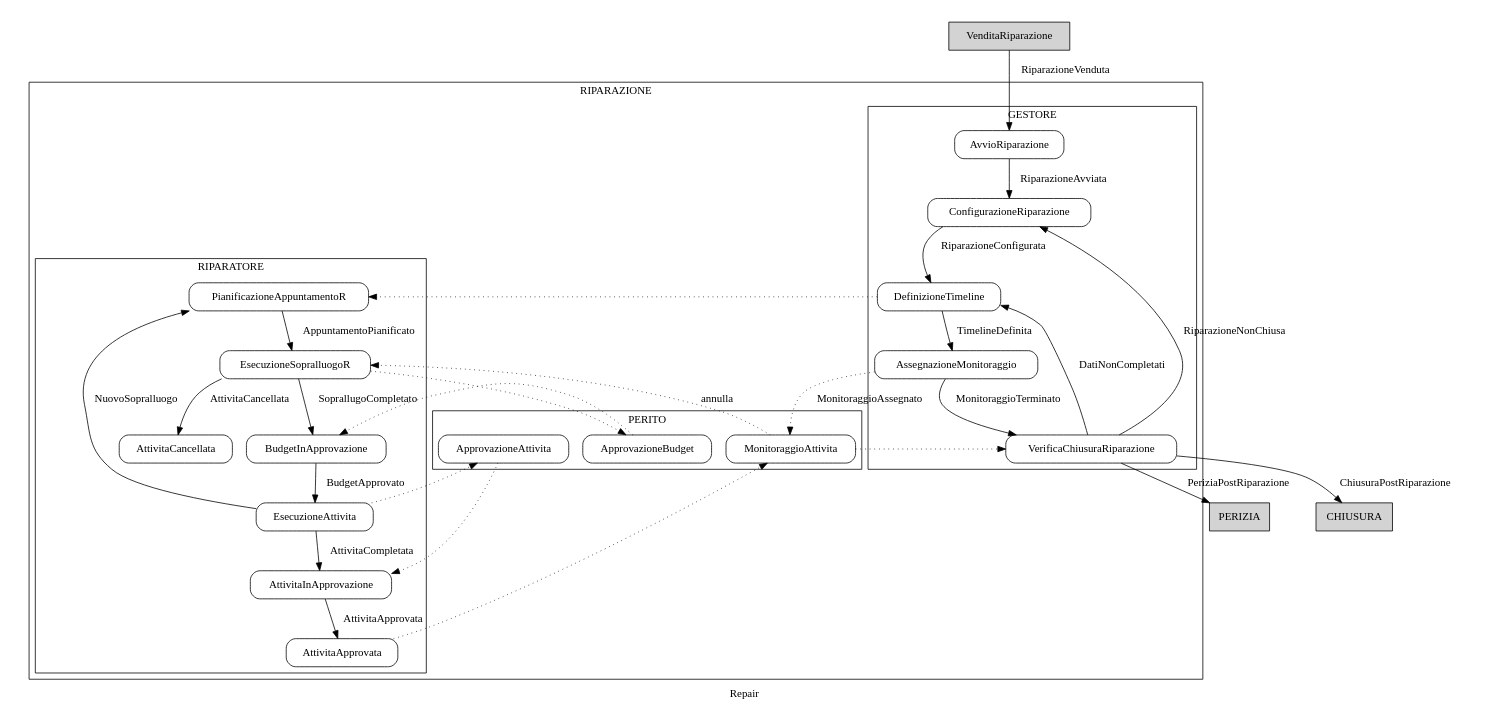
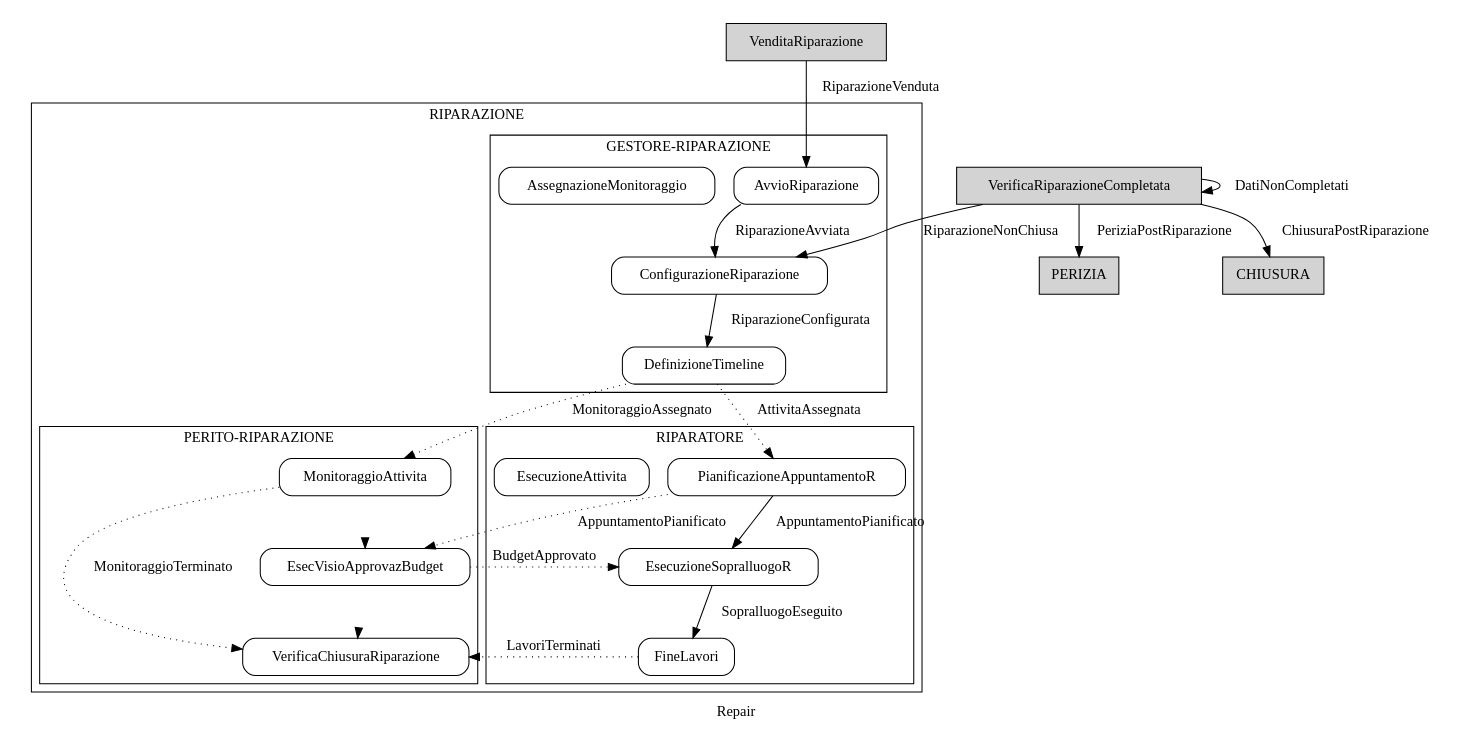
One commit to mauriziocaronni/stateDiagramPython changed the diagram in repair/repair.dot. Above: the diagram before and after it, drawn with Graphviz. The commit also changed 4 other files, not shown here.

```diff
--- a/repair/repair.dot
+++ b/repair/repair.dot
@@ -1,102 +1,87 @@
 digraph finite_state_machine {
     rankdir=TB;
     size="8,5"
     label="Repair"
     node [shape = box style=rounded]; 
 
     subgraph Opening {
         node [style =  filled shape = box]
 	    label = "Opening";
 		color=green
         VenditaRiparazione    
     }
 
 
 subgraph cluster_riparazione {
     node [shape=box,style=rounded ];
     label = "RIPARAZIONE";
 
     subgraph cluster_gestore {
         node [shape=box,style=rounded ];
-        label = "GESTORE";
+        label = "GESTORE-RIPARAZIONE";
         AvvioRiparazione
         ConfigurazioneRiparazione
         DefinizioneTimeline 
         AssegnazioneMonitoraggio
-        VerificaChiusuraRiparazione
     }
 
     subgraph cluster_perito {
             node [shape=box,style=rounded ];
-            label = "PERITO";
+            label = "PERITO-RIPARAZIONE";
             MonitoraggioAttivita
-            ApprovazioneBudget
-            ApprovazioneAttivita
+            EsecVisioApprovazBudget
+            VerificaChiusuraRiparazione
+
     }
 
     subgraph cluster_cat {
         node [shape=box,style=rounded ] ;
         label = "RIPARATORE";
         PianificazioneAppuntamentoR
         EsecuzioneSopralluogoR
-        BudgetInApprovazione
         EsecuzioneAttivita 
-        AttivitaInApprovazione
-        AttivitaApprovata
-        AttivitaCancellata
+        FineLavori
     }
     
 }
 
 
 
 	comment = "RIPARAZIONE"
 	 
-    VenditaRiparazione                    -> AvvioRiparazione            [ label = "RiparazioneVenduta" ]  ;
-
-    comment = "sottoprocesso PianificazioneAttivita"
-
+    VenditaRiparazione         -> AvvioRiparazione            [ label = "RiparazioneVenduta" ]  ;
 
     AvvioRiparazione           -> ConfigurazioneRiparazione    [ label = "RiparazioneAvviata" ]  ;
     ConfigurazioneRiparazione  -> DefinizioneTimeline          [ label = "RiparazioneConfigurata" ]  ;
-    DefinizioneTimeline        -> AssegnazioneMonitoraggio     [ label = "TimelineDefinita" ]  ;
-    AssegnazioneMonitoraggio   -> VerificaChiusuraRiparazione  [ label = "MonitoraggioTerminato" ]  ;
 
-    DefinizioneTimeline        -> PianificazioneAppuntamentoR  [ style = "dotted" ];
-    AssegnazioneMonitoraggio   -> MonitoraggioAttivita         [ style = "dotted" label ="MonitoraggioAssegnato"];
-    MonitoraggioAttivita       -> EsecuzioneSopralluogoR           [ style = "dotted" label = "annulla"];   
+    DefinizioneTimeline        -> PianificazioneAppuntamentoR  [ style = "dotted" label = "AttivitaAssegnata"] ;
+    DefinizioneTimeline        -> MonitoraggioAttivita         [ style = "dotted" label = "MonitoraggioAssegnato" ]  ;
 
-    comment = "sottoprocesso EsecuzioneAttivita"
+    
+    PianificazioneAppuntamentoR -> EsecuzioneSopralluogoR       [ label = "AppuntamentoPianificato" ];
+    PianificazioneAppuntamentoR -> EsecVisioApprovazBudget      [  style = "dotted"  label = "AppuntamentoPianificato" ];
 
-    PianificazioneAppuntamentoR -> EsecuzioneSopralluogoR       [ label = "AppuntamentoPianificato" ];
-    EsecuzioneSopralluogoR      -> AttivitaCancellata           [ label = "AttivitaCancellata" ];
+    EsecVisioApprovazBudget     -> EsecuzioneSopralluogoR       [ style = "dotted"  label = "BudgetApprovato" ];
     
-    EsecuzioneSopralluogoR      -> ApprovazioneBudget           [ style = "dotted" ];
-    EsecuzioneSopralluogoR      -> BudgetInApprovazione         [ label = "SoprallugoCompletato"]
-    BudgetInApprovazione        -> EsecuzioneAttivita           [ label = "BudgetApprovato" ] 
-    EsecuzioneAttivita          -> AttivitaInApprovazione       [ label = "AttivitaCompletata" ]
+    EsecuzioneSopralluogoR      -> FineLavori           [ label = "SopralluogoEseguito" ];
+    FineLavori                  -> VerificaChiusuraRiparazione   [ style = "dotted" label = "LavoriTerminati" ];
+
+    MonitoraggioAttivita        -> VerificaChiusuraRiparazione   [ style = "dotted"  label = "MonitoraggioTerminato" ]  ;
+
   
-    AttivitaInApprovazione      -> AttivitaApprovata            [ label = "AttivitaApprovata" ]
-    EsecuzioneAttivita           -> PianificazioneAppuntamentoR  [ label = "NuovoSopralluogo" ];
-    AttivitaApprovata           -> MonitoraggioAttivita         [ style = "dotted" ]  ;
+    MonitoraggioAttivita    -> EsecVisioApprovazBudget     [ style = "invisible"   ];
+    EsecVisioApprovazBudget -> VerificaChiusuraRiparazione  [ style = "invisible"   ];
 
-    ApprovazioneBudget          -> BudgetInApprovazione        [ style = "dotted" ]  ;
- 	EsecuzioneAttivita          -> ApprovazioneAttivita          [ style = "dotted" ]  ;	
-    ApprovazioneAttivita        -> AttivitaInApprovazione      [ style = "dotted" ]  ;
-
-	
-    MonitoraggioAttivita        ->  VerificaChiusuraRiparazione [ style = "dotted" ]  ;
-    
-	comment = "sottoprocesso Chiusura"
+	comment = "sottoprocesso Chiusura Riparazione"
 	node [shape=box,style=rounded  style = filled];
 	color = grey
 	
-    VerificaChiusuraRiparazione  -> ConfigurazioneRiparazione    [ label = "RiparazioneNonChiusa" ] ;
-    VerificaChiusuraRiparazione  -> PERIZIA            [ label = "PeriziaPostRiparazione" ];
-    VerificaChiusuraRiparazione  -> CHIUSURA             [ label = "ChiusuraPostRiparazione" ];
-    VerificaChiusuraRiparazione  -> DefinizioneTimeline    [ label = "DatiNonCompletati" ] ;
+    VerificaRiparazioneCompletata  -> ConfigurazioneRiparazione              [ label = "RiparazioneNonChiusa" ] ;
+    VerificaRiparazioneCompletata  -> PERIZIA                                [ label = "PeriziaPostRiparazione" ];
+    VerificaRiparazioneCompletata  -> CHIUSURA                               [ label = "ChiusuraPostRiparazione" ];
+    VerificaRiparazioneCompletata  -> VerificaRiparazioneCompletata          [ label = "DatiNonCompletati" ] ;
     
 
 	
 	
 }
```
